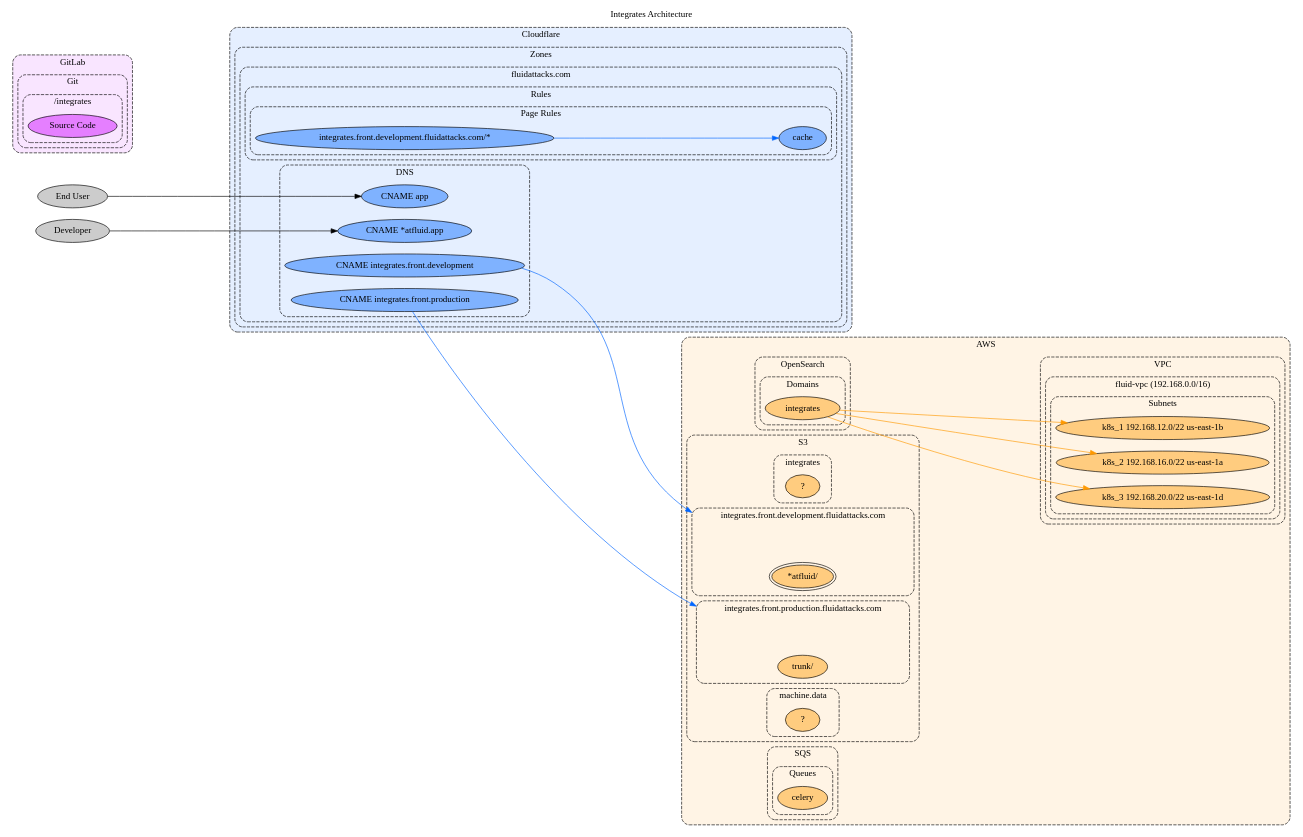
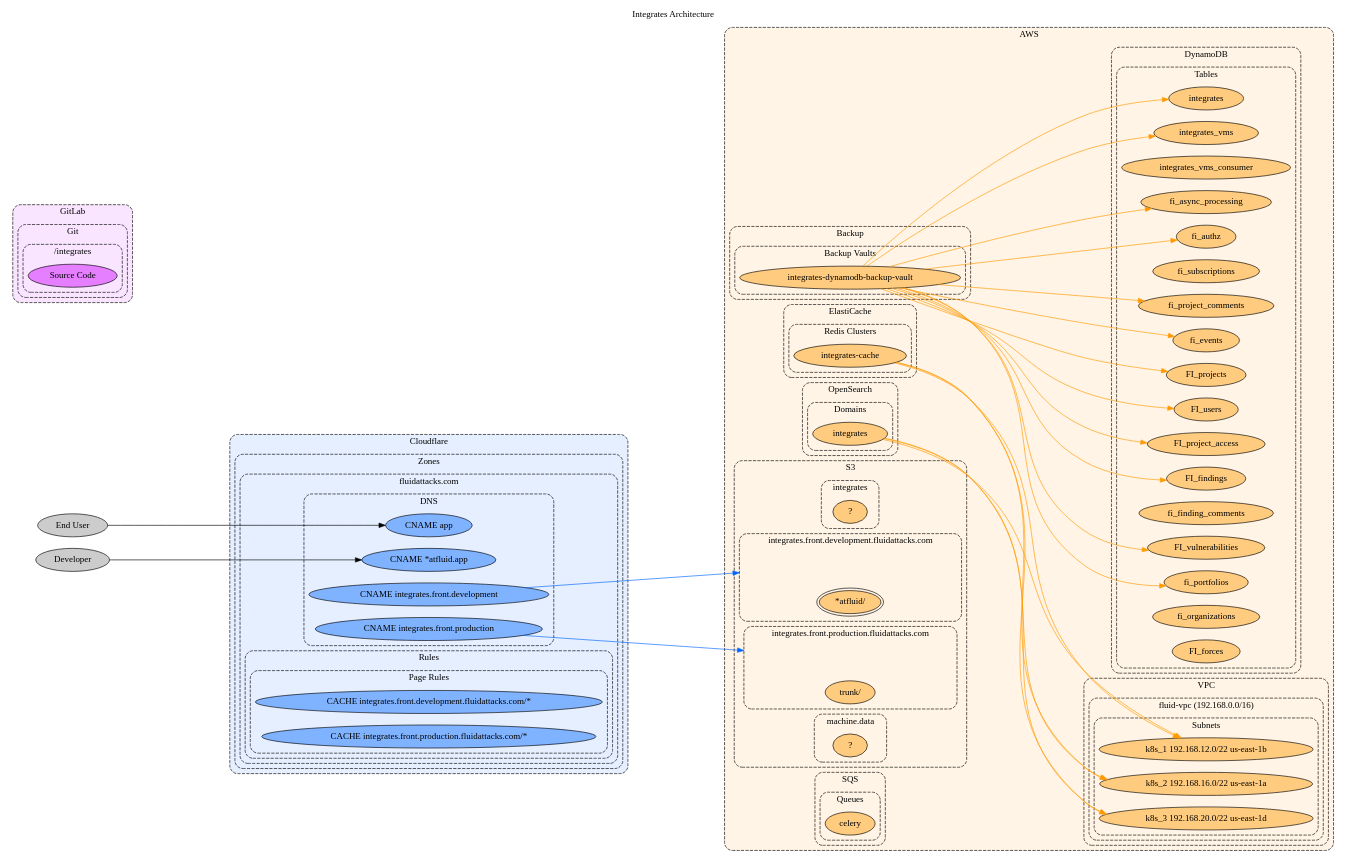
Before and after one commit to jeanbaptistemora/fluidattacks-universe2: the diagram in docs/src/docs/development/products/integrates/arch.dot, drawn with Graphviz.

Commit message:
docs\feat(doc): #7581.59 integrates arch
- Continue mapping integrates entities

```diff
--- a/docs/src/docs/development/products/integrates/arch.dot
+++ b/docs/src/docs/development/products/integrates/arch.dot
@@ -18,6 +18,52 @@
     label="AWS"
     bgcolor="0.1 0.1 1.0"
     node[fillcolor="0.1 0.5 1.0"]
+
+    subgraph cluster_aws_backup {
+      label="Backup"
+
+      subgraph cluster_aws_backup_vaults {
+        label="Backup Vaults"
+
+        aws_backup_vaults_integrates_dynamodb_backup_vault[label="integrates-dynamodb-backup-vault"]
+      }
+    }
+
+    subgraph cluster_aws_dynamodb {
+      label="DynamoDB"
+
+      subgraph cluster_aws_dynamodb_tables {
+        label="Tables"
+
+        aws_dynamodb_tables_integrates[label="integrates"]
+        aws_dynamodb_tables_integrates_vms[label="integrates_vms"]
+        aws_dynamodb_tables_integrates_vms_consumer[label="integrates_vms_consumer"]
+        aws_dynamodb_tables_fi_async_processing[label="fi_async_processing"]
+        aws_dynamodb_tables_fi_authz[label="fi_authz"]
+        aws_dynamodb_tables_fi_subscriptions[label="fi_subscriptions"]
+        aws_dynamodb_tables_fi_project_comments[label="fi_project_comments"]
+        aws_dynamodb_tables_fi_events[label="fi_events"]
+        aws_dynamodb_tables_fi_projects[label="FI_projects"]
+        aws_dynamodb_tables_fi_users[label="FI_users"]
+        aws_dynamodb_tables_fi_project_access[label="FI_project_access"]
+        aws_dynamodb_tables_fi_findings[label="FI_findings"]
+        aws_dynamodb_tables_fi_finding_comments[label="fi_finding_comments"]
+        aws_dynamodb_tables_fi_vulnerabilities[label="FI_vulnerabilities"]
+        aws_dynamodb_tables_fi_portfolios[label="fi_portfolios"]
+        aws_dynamodb_tables_fi_organizations[label="fi_organizations"]
+        aws_dynamodb_tables_fi_forces[label="FI_forces"]
+      }
+    }
+
+    subgraph cluster_aws_elasticache {
+      label="ElastiCache"
+
+      subgraph cluster_aws_elasticache_redis_clusters {
+        label="Redis Clusters"
+
+        aws_elasticache_redis_clusters_integrates_cache[label="integrates-cache"]
+      }
+    }
 
     subgraph cluster_aws_opensearch {
       label="OpenSearch"
@@ -112,8 +158,8 @@
           subgraph cluster_cloudflare_zone_fluidattacks_com_page_rules {
             label="Page Rules"
 
-            cloudflare_zone_fluidattacks_com_page_rules_integrates_front_dev[label="integrates.front.development.fluidattacks.com/*"]
-            cloudflare_zone_fluidattacks_com_page_rules_integrates_front_dev_cache[label="cache"]
+            cloudflare_zone_fluidattacks_com_page_rules_integrates_front_dev[label="CACHE integrates.front.development.fluidattacks.com/*"]
+            cloudflare_zone_fluidattacks_com_page_rules_integrates_front_prod[label="CACHE integrates.front.production.fluidattacks.com/*"]
           }
         }
       }
@@ -137,6 +183,21 @@
   }
 
   edge[color="0.1 1.0 1.0"]
+  aws_backup_vaults_integrates_dynamodb_backup_vault -> aws_dynamodb_tables_fi_async_processing[]
+  aws_backup_vaults_integrates_dynamodb_backup_vault -> aws_dynamodb_tables_fi_authz[]
+  aws_backup_vaults_integrates_dynamodb_backup_vault -> aws_dynamodb_tables_fi_events[]
+  aws_backup_vaults_integrates_dynamodb_backup_vault -> aws_dynamodb_tables_fi_findings[]
+  aws_backup_vaults_integrates_dynamodb_backup_vault -> aws_dynamodb_tables_fi_portfolios[]
+  aws_backup_vaults_integrates_dynamodb_backup_vault -> aws_dynamodb_tables_fi_project_access[]
+  aws_backup_vaults_integrates_dynamodb_backup_vault -> aws_dynamodb_tables_fi_project_comments[]
+  aws_backup_vaults_integrates_dynamodb_backup_vault -> aws_dynamodb_tables_fi_projects[]
+  aws_backup_vaults_integrates_dynamodb_backup_vault -> aws_dynamodb_tables_fi_users[]
+  aws_backup_vaults_integrates_dynamodb_backup_vault -> aws_dynamodb_tables_fi_vulnerabilities[]
+  aws_backup_vaults_integrates_dynamodb_backup_vault -> aws_dynamodb_tables_integrates[]
+  aws_backup_vaults_integrates_dynamodb_backup_vault -> aws_dynamodb_tables_integrates_vms[]
+  aws_elasticache_redis_clusters_integrates_cache -> cluster_aws_vpc_fluid_vpc_subnets_k8s_1[]
+  aws_elasticache_redis_clusters_integrates_cache -> cluster_aws_vpc_fluid_vpc_subnets_k8s_2[]
+  aws_elasticache_redis_clusters_integrates_cache -> cluster_aws_vpc_fluid_vpc_subnets_k8s_3[]
   aws_opensearch_domains_integrates -> cluster_aws_vpc_fluid_vpc_subnets_k8s_1[]
   aws_opensearch_domains_integrates -> cluster_aws_vpc_fluid_vpc_subnets_k8s_2[]
   aws_opensearch_domains_integrates -> cluster_aws_vpc_fluid_vpc_subnets_k8s_3[]
@@ -144,7 +205,6 @@
   edge[color="0.6 1.0 1.0"]
   cloudflare_zone_fluidattacks_com_dns_cname_integrates_front_development -> cluster_aws_s3_integrates_front_dev[lhead="cluster_aws_s3_integrates_front_dev"]
   cloudflare_zone_fluidattacks_com_dns_cname_integrates_front_production -> cluster_aws_s3_integrates_front_prod[lhead="cluster_aws_s3_integrates_front_prod"]
-  cloudflare_zone_fluidattacks_com_page_rules_integrates_front_dev -> cloudflare_zone_fluidattacks_com_page_rules_integrates_front_dev_cache[]
 
   edge[color="0.8 1.0 1.0"]
 
```
